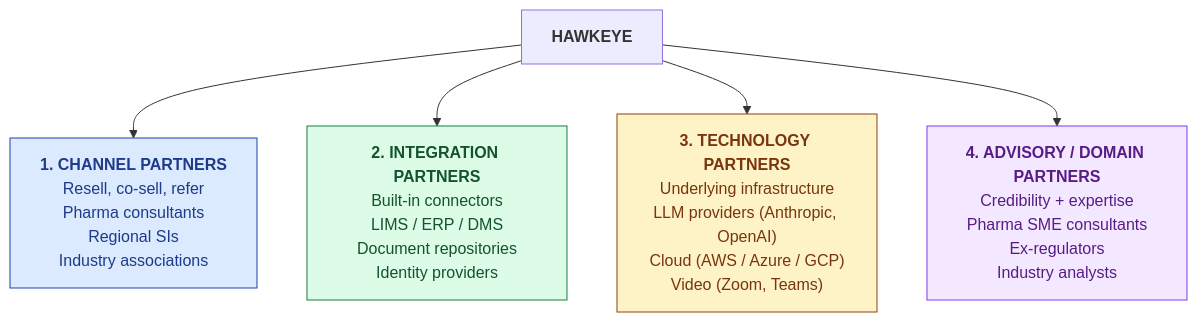
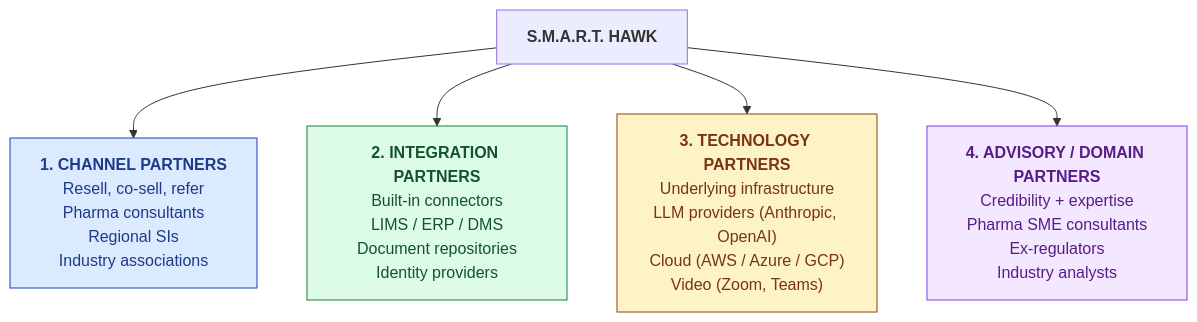
Before and after one commit to hawkeyetransact-dotcom/doc_v2: the first of 3 diagrams in 01-strategy/partnerships/PARTNERSHIPS.md, drawn with Mermaid. The commit also changed other lines of this file and 105 other files, not shown here.

First line of the commit message:
Rebrand docs: Hawkeye -> S.M.A.R.T. Hawk; S.M.A.R.T. five-pillar pipeline

````diff
--- a/01-strategy/partnerships/PARTNERSHIPS.md
+++ b/01-strategy/partnerships/PARTNERSHIPS.md
@@ -19,22 +19,22 @@
 ```mermaid
 flowchart TB
     classDef channel fill:#dbeafe,stroke:#1e40af,color:#1e3a8a
     classDef integration fill:#dcfce7,stroke:#15803d,color:#14532d
     classDef tech fill:#fef3c7,stroke:#92400e,color:#78350f
     classDef advisory fill:#f3e8ff,stroke:#7c3aed,color:#581c87
 
-    H["<b>HAWKEYE</b>"]
+    H["<b>S.M.A.R.T. HAWK</b>"]
 
     CH["<b>1. CHANNEL PARTNERS</b><br/>Resell, co-sell, refer<br/>Pharma consultants<br/>Regional SIs<br/>Industry associations"]:::channel
 
     INT["<b>2. INTEGRATION PARTNERS</b><br/>Built-in connectors<br/>LIMS / ERP / DMS<br/>Document repositories<br/>Identity providers"]:::integration
 
     TECH["<b>3. TECHNOLOGY PARTNERS</b><br/>Underlying infrastructure<br/>LLM providers (Anthropic, OpenAI)<br/>Cloud (AWS / Azure / GCP)<br/>Video (Zoom, Teams)"]:::tech
 
     ADV["<b>4. ADVISORY / DOMAIN PARTNERS</b><br/>Credibility + expertise<br/>Pharma SME consultants<br/>Ex-regulators<br/>Industry analysts"]:::advisory
 
     H --> CH
     H --> INT
     H --> TECH
     H --> ADV
 ```
````
